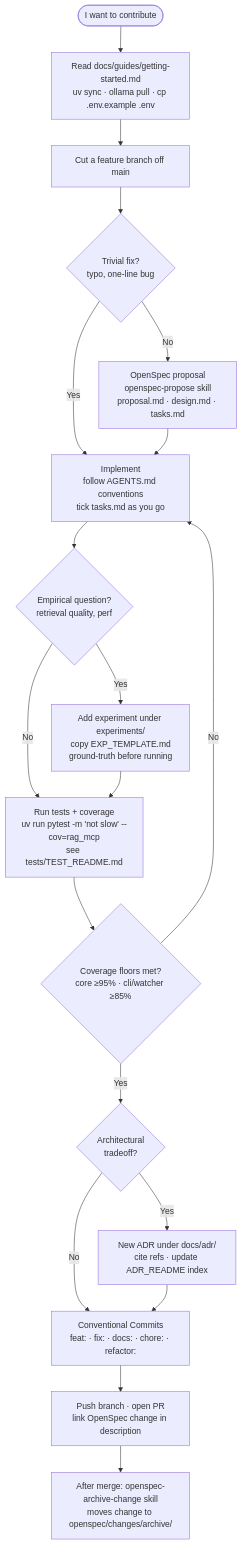
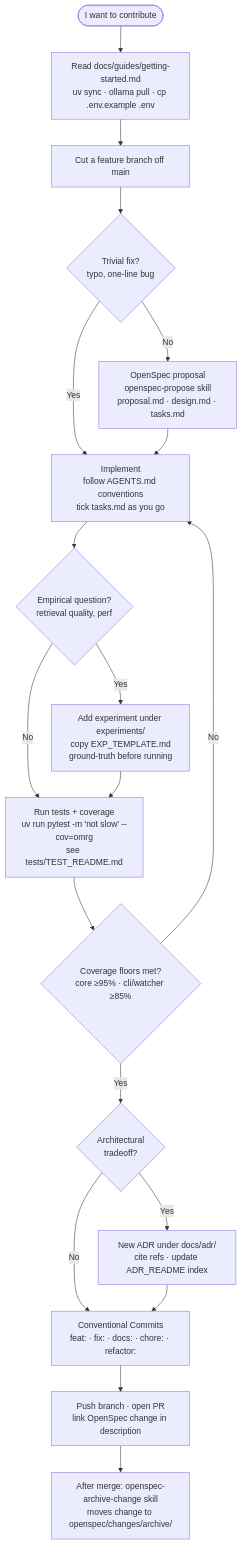
Before and after one commit to cmdaltctr/llamaindex-rag-mcp: the diagram in CONTRIBUTING.md, drawn with Mermaid. The commit also changed other lines of this file and 449 other files, not shown here.

First line of the commit message:
refactor!: rename rag_mcp to omrg

````diff
--- a/CONTRIBUTING.md
+++ b/CONTRIBUTING.md
@@ -23,21 +23,21 @@
 ```mermaid
 flowchart TD
     Start([I want to contribute]) --> Setup[Read docs/guides/getting-started.md<br/>uv sync · ollama pull · cp .env.example .env]
     Setup --> Branch[Cut a feature branch off main]
     Branch --> Trivial{Trivial fix?<br/>typo, one-line bug}
     Trivial -->|Yes| Implement
     Trivial -->|No| Propose[OpenSpec proposal<br/>openspec-propose skill<br/>proposal.md · design.md · tasks.md]
     Propose --> Implement[Implement<br/>follow AGENTS.md conventions<br/>tick tasks.md as you go]
     Implement --> Experiment{Empirical question?<br/>retrieval quality, perf}
     Experiment -->|Yes| RunExperiment[Add experiment under experiments/<br/>copy EXP_TEMPLATE.md<br/>ground-truth before running]
     Experiment -->|No| Test
-    RunExperiment --> Test[Run tests + coverage<br/>uv run pytest -m 'not slow' --cov=rag_mcp<br/>see tests/TEST_README.md]
+    RunExperiment --> Test[Run tests + coverage<br/>uv run pytest -m 'not slow' --cov=omrg<br/>see tests/TEST_README.md]
     Test --> Pass{Coverage floors met?<br/>core ≥95% · cli/watcher ≥85%}
     Pass -->|No| Implement
     Pass -->|Yes| Architectural{Architectural<br/>tradeoff?}
     Architectural -->|Yes| ADR[New ADR under docs/adr/<br/>cite refs · update ADR_README index]
     Architectural -->|No| Commit
     ADR --> Commit[Conventional Commits<br/>feat: · fix: · docs: · chore: · refactor:]
     Commit --> PR[Push branch · open PR<br/>link OpenSpec change in description]
     PR --> Archive[After merge: openspec-archive-change skill<br/>moves change to openspec/changes/archive/]
 ```
````
